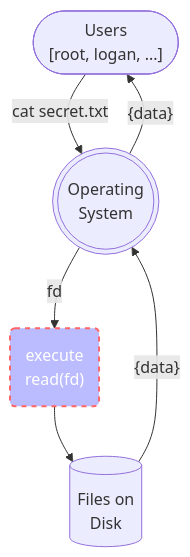
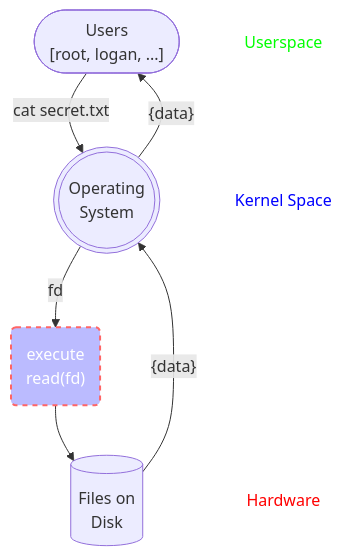
One commit to laikas123/FileAccessMonitor changed the diagram in README.md. Above: the diagram before and after it, drawn with Mermaid. The commit also changed other lines of this file, not shown here.

Commit message:
mermaid looking good on README

````diff
--- a/README.md
+++ b/README.md
@@ -3,13 +5,27 @@
 ```mermaid
 flowchart TD
+   
     users(["Users \n[root, logan, ...]"])
     os(((Operating\nSystem)))
     disk[(Files on \nDisk)]
     syscall("execute\nread(fd)")
     style syscall fill:#bbf,stroke:#f66,stroke-width:2px,color:#fff,stroke-dasharray: 5 5
     users -->|"cat secret.txt"| os
     os -->|"{data}"| users
     disk --> |"{data}"|os
     os --> |fd|syscall
     syscall --> disk
+
+
+    
+    us(Userspace)---ks
+    ks(Kernel Space)----hw(Hardware)
+    linkStyle 5 stroke:#fff,stroke-width:4px,color:red;
+    linkStyle 6 stroke:#fff,stroke-width:4px,color:red;
+    linkStyle 6 stroke:#fff,stroke-width:4px,color:red;
+    style us fill:#fff,stroke:#fff,stroke-width:2px,color:#00FF00,stroke-dasharray: 5 5    
+    style ks fill:#fff,stroke:#fff,stroke-width:2px,color:#0000FF,stroke-dasharray: 5 5    
+    style hw fill:#fff,stroke:#fff,stroke-width:2px,color:#FF0000,stroke-dasharray: 5 5    
+    
+    
 ```
````
